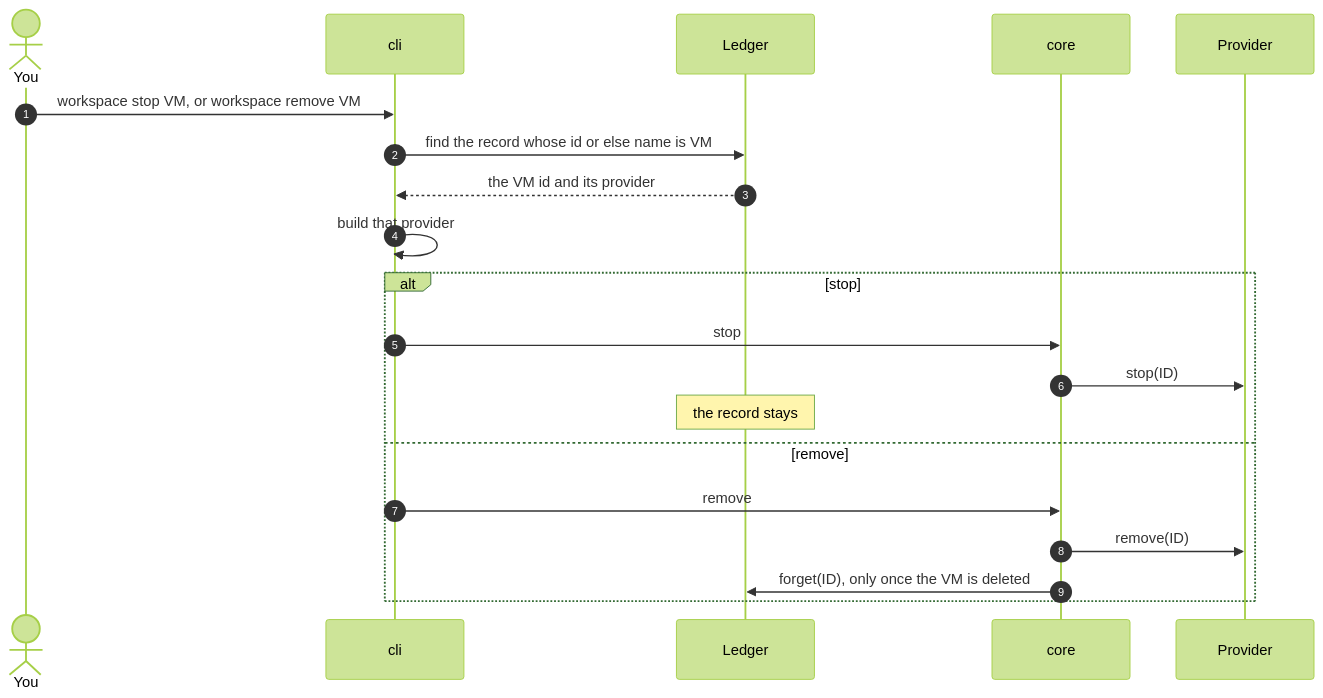
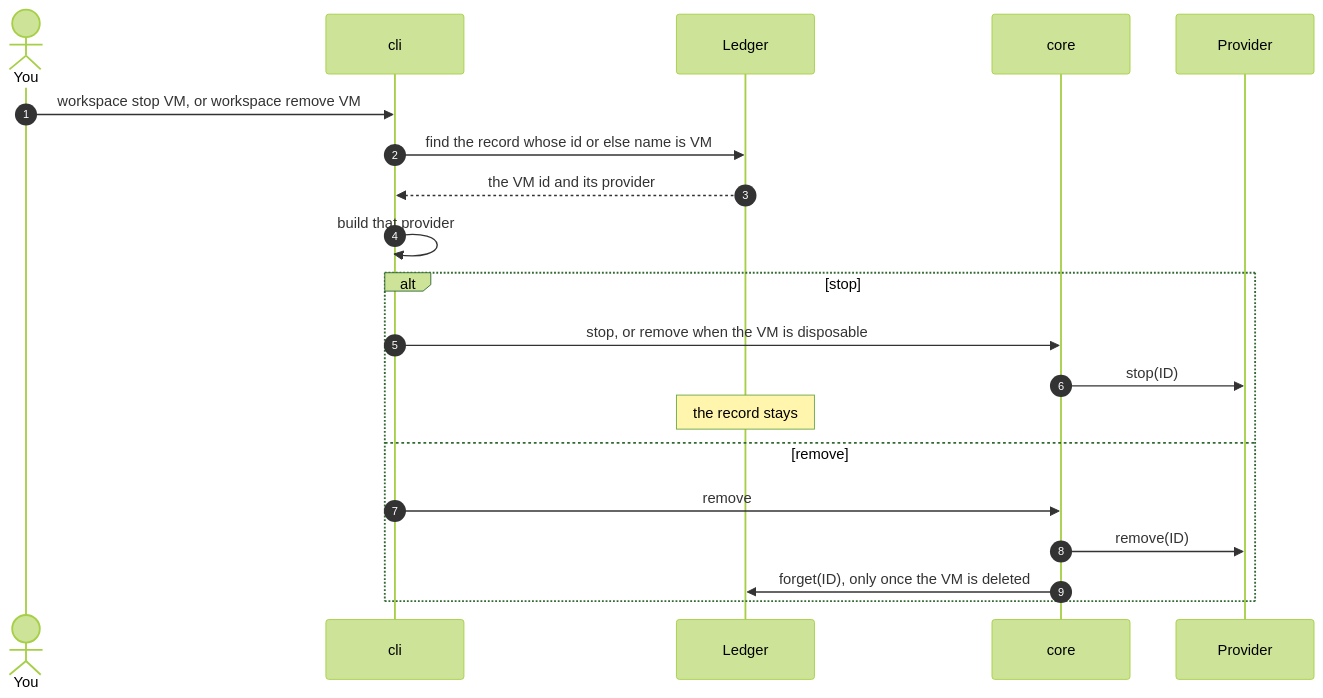
Before and after one commit to NextNodeSolutions/workspace: the fifth of 7 diagrams in docs/architecture.md, drawn with Mermaid (forest theme). The commit also changed other lines of this file and 48 other files, not shown here.

````diff
--- a/docs/architecture.md
+++ b/docs/architecture.md
@@ -113,22 +147,22 @@
 ```mermaid
 sequenceDiagram
     autonumber
     actor You
     participant CLI as cli
     participant L as Ledger
     participant Core as core
     participant P as Provider
     You->>CLI: workspace stop VM, or workspace remove VM
     CLI->>L: find the record whose id or else name is VM
     L-->>CLI: the VM id and its provider
     CLI->>CLI: build that provider
     alt stop
-        CLI->>Core: stop
+        CLI->>Core: stop, or remove when the VM is disposable
         Core->>P: stop(ID)
         Note over L: the record stays
     else remove
         CLI->>Core: remove
         Core->>P: remove(ID)
         Core->>L: forget(ID), only once the VM is deleted
     end
 ```
````
